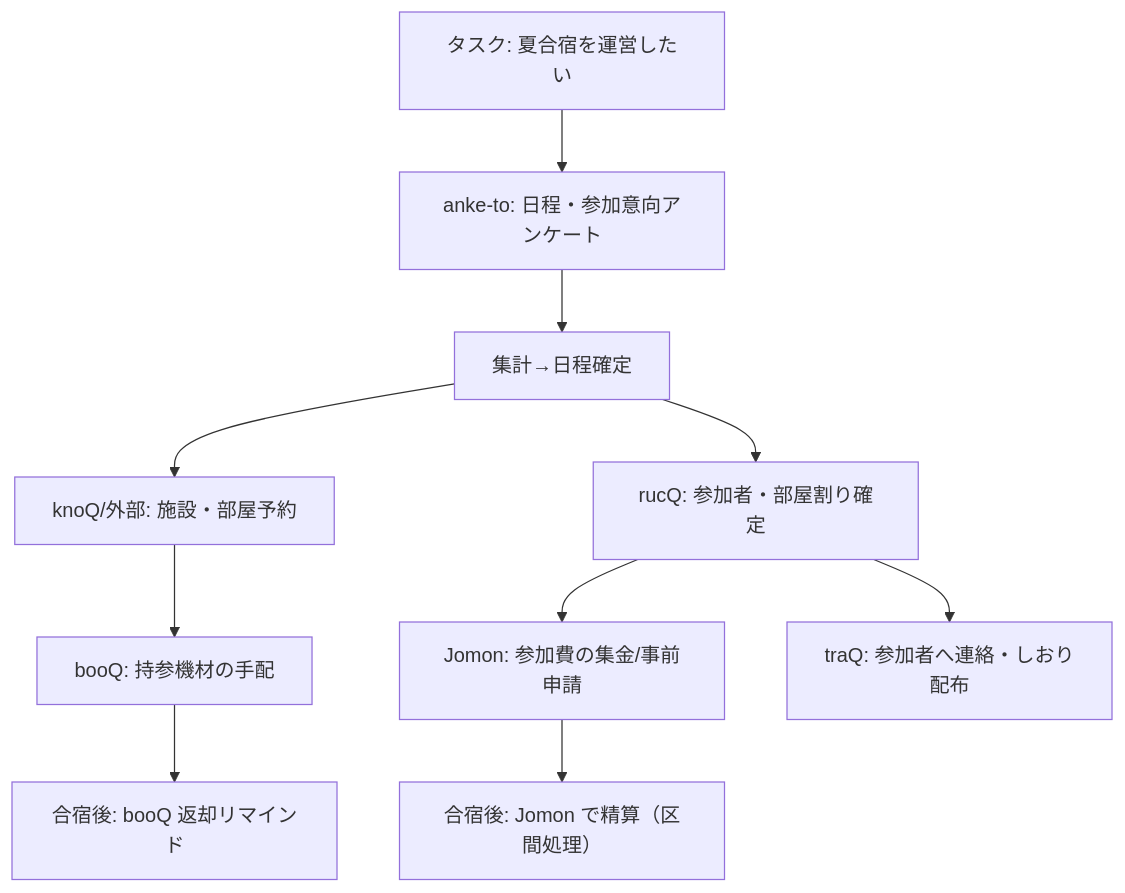
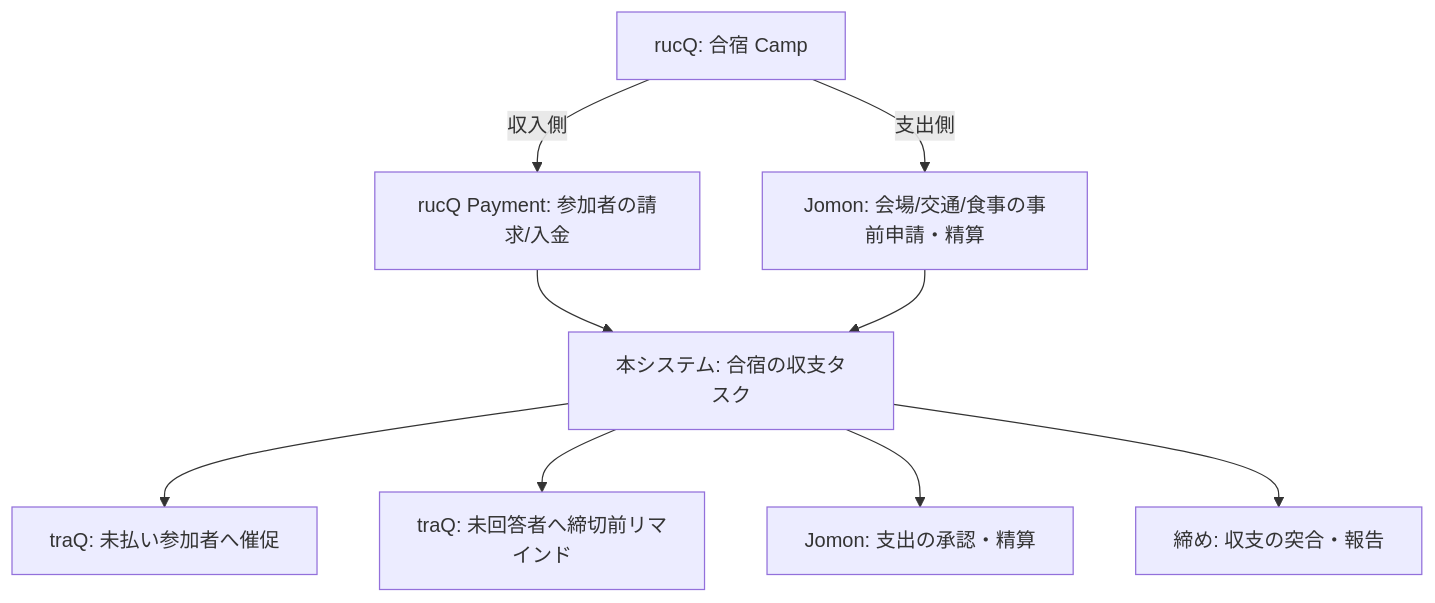
The first of 3 diagrams in docs/12-cross-service-usecases.md (kaitoyama/crispy-waffle), drawn with Mermaid before and after one commit. The commit also changed other lines of this file, not shown here.

````diff
--- a/docs/12-cross-service-usecases.md
+++ b/docs/12-cross-service-usecases.md
@@ -124,12 +186,11 @@
 ```mermaid
 graph TD
-    Start[タスク: 夏合宿を運営したい] --> Poll[anke-to: 日程・参加意向アンケート]
-    Poll --> Decide[集計→日程確定]
-    Decide --> Venue[knoQ/外部: 施設・部屋予約]
-    Decide --> Roster[rucQ: 参加者・部屋割り確定]
-    Roster --> Collect[Jomon: 参加費の集金/事前申請]
-    Venue --> Gear[booQ: 持参機材の手配]
-    Collect --> Settle[合宿後: Jomon で精算（区間処理）]
-    Gear --> Return[合宿後: booQ 返却リマインド]
-    Roster --> Notify[traQ: 参加者へ連絡・しおり配布]
+    Camp[rucQ: 合宿 Camp] -->|収入側| Income[rucQ Payment: 参加者の請求/入金]
+    Camp -->|支出側| Outflow[Jomon: 会場/交通/食事の事前申請・精算]
+    Income --> Ledger[本システム: 合宿の収支タスク]
+    Outflow --> Ledger
+    Ledger --> Chase1[traQ: 未払い参加者へ催促]
+    Ledger --> Chase2[traQ: 未回答者へ締切前リマインド]
+    Ledger --> Approve[Jomon: 支出の承認・精算]
+    Ledger --> Close[締め: 収支の突合・報告]
 ```
````
